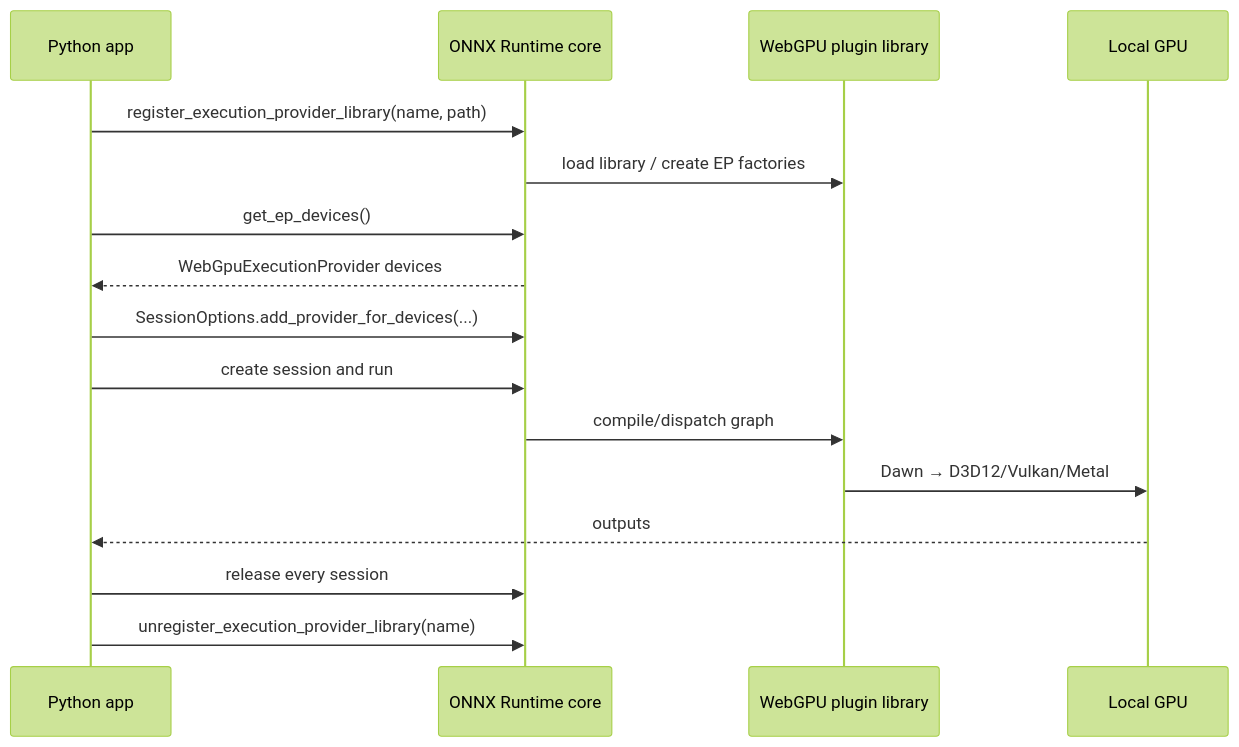
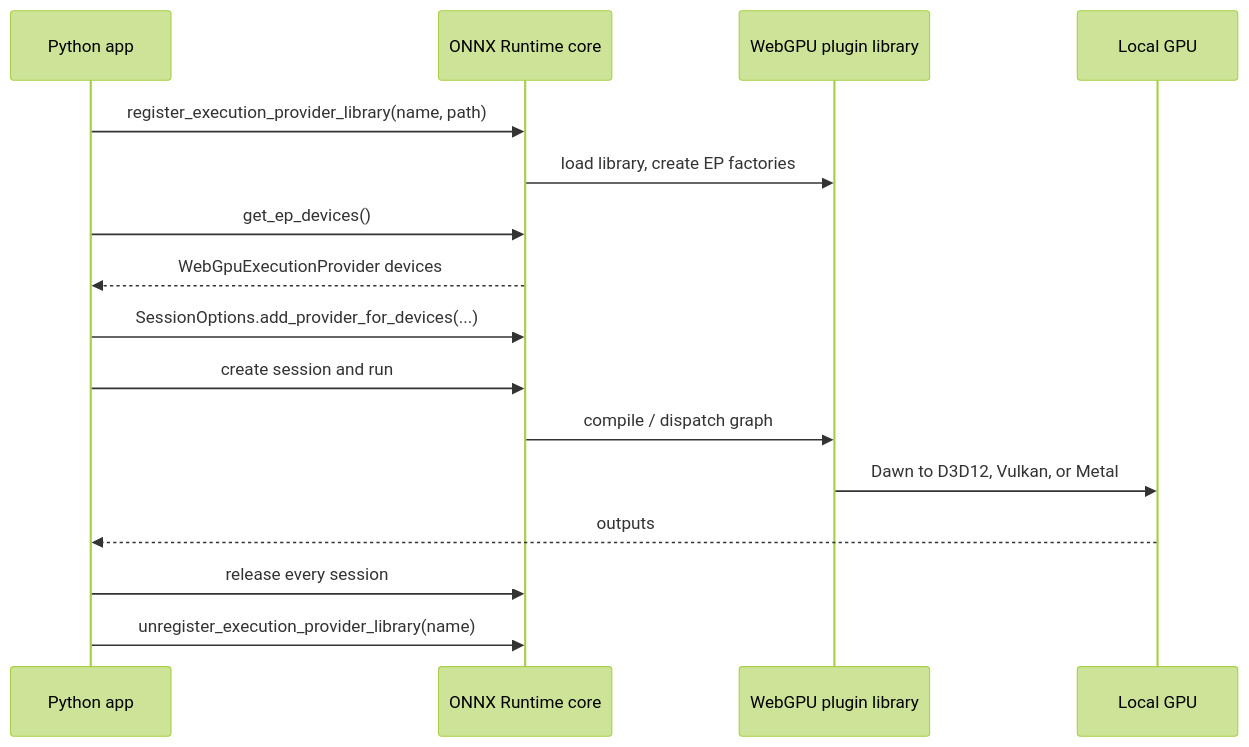
The fifth of 7 diagrams in WebGPU/README.md (DakeQQ/Tutorial-ONNX-Runtime-Execution-Providers), drawn with Mermaid (forest theme) before and after one commit. The commit also changed other lines of this file and 15 other files, not shown here.

````diff
--- a/WebGPU/README.md
+++ b/WebGPU/README.md
@@ -521,18 +603,18 @@
 ```mermaid
 sequenceDiagram
     participant App as Python app
     participant ORT as ONNX Runtime core
     participant Lib as WebGPU plugin library
     participant GPU as Local GPU
     App->>ORT: register_execution_provider_library(name, path)
-    ORT->>Lib: load library / create EP factories
+    ORT->>Lib: load library, create EP factories
     App->>ORT: get_ep_devices()
     ORT-->>App: WebGpuExecutionProvider devices
     App->>ORT: SessionOptions.add_provider_for_devices(...)
     App->>ORT: create session and run
-    ORT->>Lib: compile/dispatch graph
-    Lib->>GPU: Dawn → D3D12/Vulkan/Metal
+    ORT->>Lib: compile / dispatch graph
+    Lib->>GPU: Dawn to D3D12, Vulkan, or Metal
     GPU-->>App: outputs
     App->>ORT: release every session
     App->>ORT: unregister_execution_provider_library(name)
 ```
````
